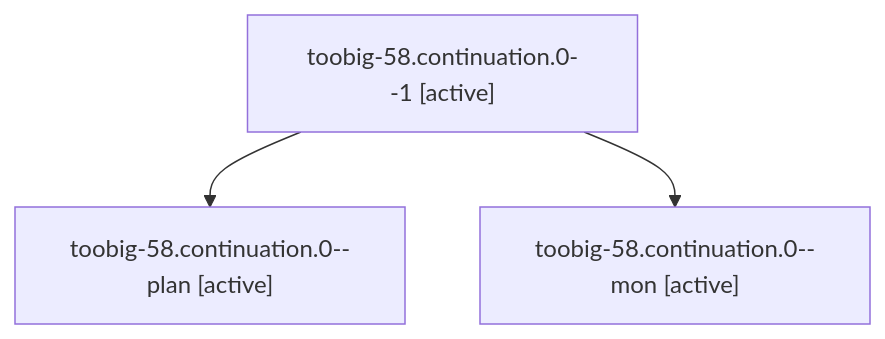
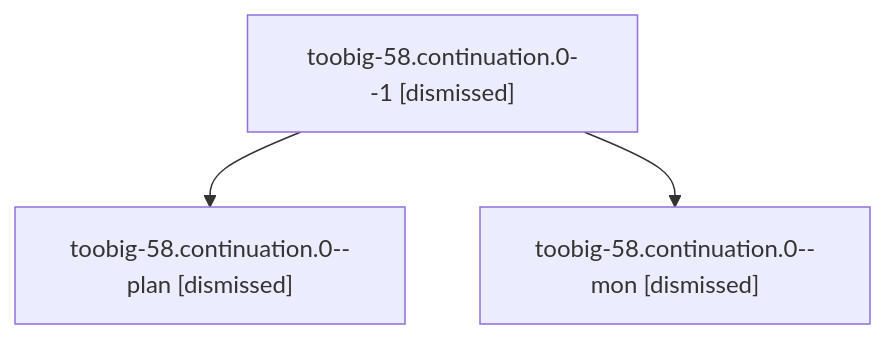
One commit to sase-org/sase--agents changed the diagram in sessions/bbugyi200.athena.toobig-58.continuation.0.md. Above: the diagram before and after it, drawn with Mermaid. The commit also changed other lines of this file and 146 other files, not shown here.

````diff
--- a/sessions/bbugyi200.athena.toobig-58.continuation.0.md
+++ b/sessions/bbugyi200.athena.toobig-58.continuation.0.md
@@ -9,8 +9,8 @@
 ```mermaid
 flowchart TD
-  n0["toobig-58.continuation.0--1 [active]"]
-  n1["toobig-58.continuation.0--plan [active]"]
+  n0["toobig-58.continuation.0--1 [dismissed]"]
+  n1["toobig-58.continuation.0--plan [dismissed]"]
   n0 --> n1
-  n2["toobig-58.continuation.0--mon [active]"]
+  n2["toobig-58.continuation.0--mon [dismissed]"]
   n0 --> n2
 ```
````
